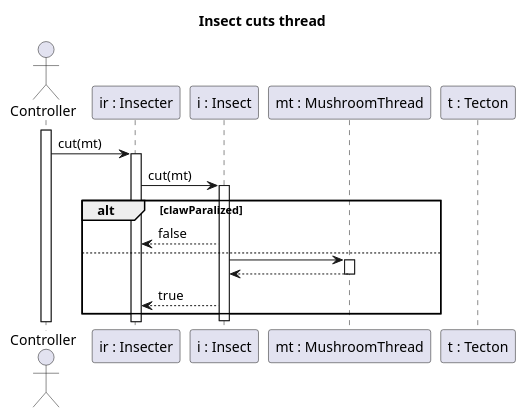
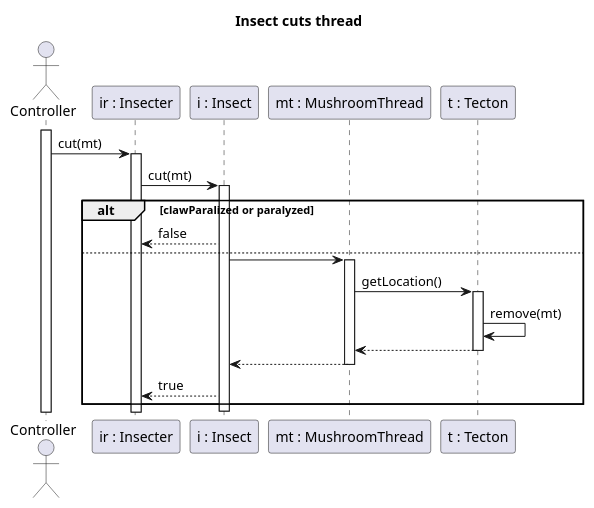
The diagram in 5/sequences/insect/instectCutThread.puml (Petya-G/fungorium), drawn with PlantUML before and after one commit.

Commit message:
insect cut

```diff
--- a/5/sequences/insect/instectCutThread.puml
+++ b/5/sequences/insect/instectCutThread.puml
@@ -1,32 +1,41 @@
 @startuml insectCutThread
 
 title Insect cuts thread
 
 actor Controller
 participant "ir : Insecter" as IR
 participant  "i : Insect" as I
 participant "mt : MushroomThread" as M
 participant "t : Tecton" as T
 
 activate Controller
 Controller -> IR: cut(mt)
 
 activate IR
 IR -> I: cut(mt)
 activate I
 
-alt clawParalized
+alt clawParalized or paralyzed
     IR <-- I : false
 
 else
     I -> M
     activate M
     
+    M -> T : getLocation()
+    activate T
+
+    T -> T : remove(mt)
+
+    M <-- T
+    deactivate T
+
+
     I <-- M
     deactivate M
 
     IR <-- I : true
 end
 deactivate I
 
 @enduml
```
